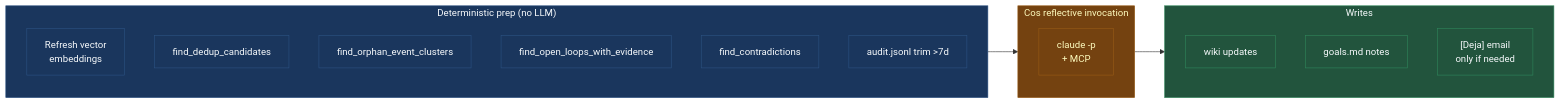
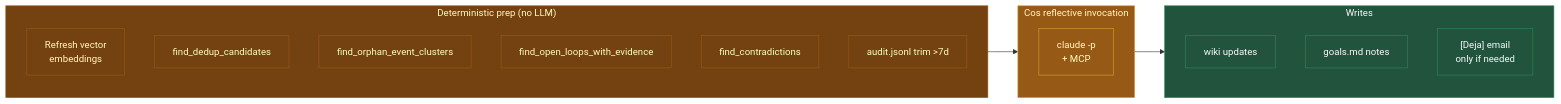
The fourth of 4 diagrams in docs-site/docs/pipelines.md (dwurtz/lighthouse), drawn with Mermaid before and after one commit. The commit also changed other lines of this file and 11 other files, not shown here.

````diff
--- a/docs-site/docs/pipelines.md
+++ b/docs-site/docs/pipelines.md
@@ -138,31 +147,33 @@
 ```mermaid
 flowchart LR
     subgraph Prep["Deterministic prep (no LLM)"]
         V[Refresh vector<br/>embeddings]
         C1[find_dedup_candidates]
         C2[find_orphan_event_clusters]
         C3[find_open_loops_with_evidence]
         C4[find_contradictions]
         A[audit.jsonl trim >7d]
     end
 
     subgraph CosPass["Cos reflective invocation"]
         CP["claude -p<br/>+ MCP"]
     end
 
     subgraph Writes
         WK[wiki updates]
         GL[goals.md notes]
         EM["[Deja] email<br/>only if needed"]
     end
 
     Prep --> CosPass
     CosPass --> Writes
 
-    classDef prep fill:#1a365d,stroke:#2c5282,color:#f7fafc
-    classDef cos fill:#744210,stroke:#975a16,color:#fefcbf
-    classDef wr fill:#22543d,stroke:#2f855a,color:#f7fafc
-    class Prep,V,C1,C2,C3,C4,A prep
+    classDef source  fill:#1a365d,stroke:#2c5282,color:#f7fafc
+    classDef wiki    fill:#22543d,stroke:#2f855a,color:#f7fafc
+    classDef process fill:#744210,stroke:#975a16,color:#fefcbf
+    classDef cos     fill:#975a16,stroke:#d69e2e,color:#fefcbf
+    classDef aside   fill:#3d3d3d,stroke:#555,color:#ccc
+    class Prep,V,C1,C2,C3,C4,A process
     class CosPass,CP cos
-    class Writes,WK,GL,EM wr
+    class Writes,WK,GL,EM wiki
 ```
````
